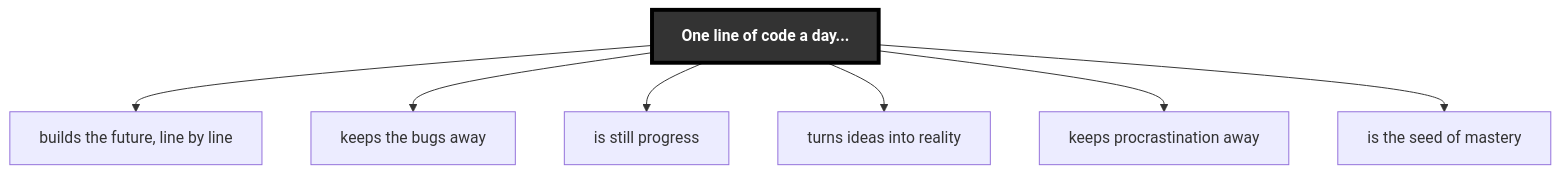
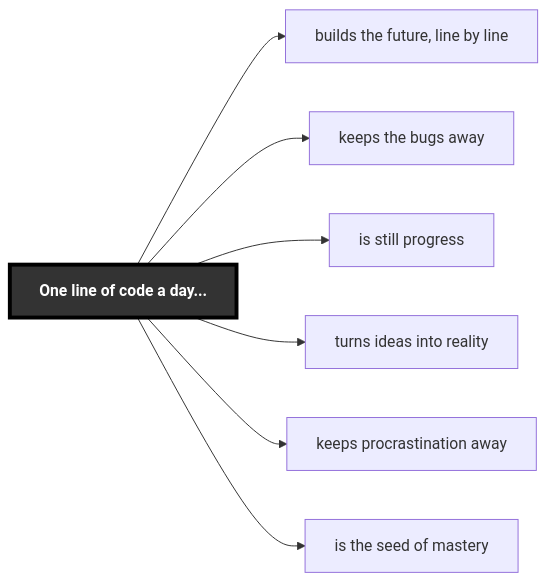
The third of 3 diagrams in README.md (Dark-Vinaal/Dark-Vinaal), drawn with Mermaid before and after one commit. The commit also changed other lines of this file, not shown here.

````diff
--- a/README.md
+++ b/README.md
@@ -357,13 +357,13 @@
 ```mermaid
-graph TD
+graph LR
     Core[<b>One line of code a day...</b>]
     
     Core --> Q1[builds the future, line by line]
     Core --> Q2[keeps the bugs away]
     Core --> Q3[is still progress]
     Core --> Q4[turns ideas into reality]
     Core --> Q5[keeps procrastination away]
     Core --> Q6[is the seed of mastery]
 
     style Core fill:#333,stroke:#000,stroke-width:4px,color:#fff
 ```
````
